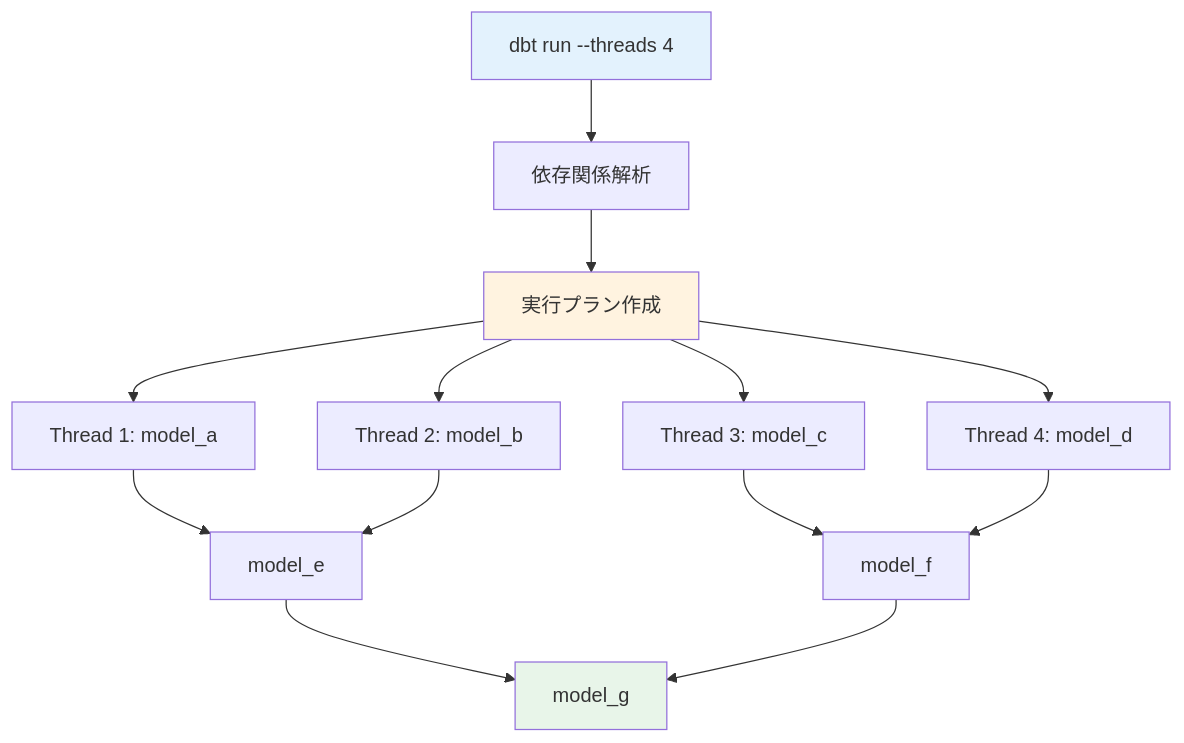
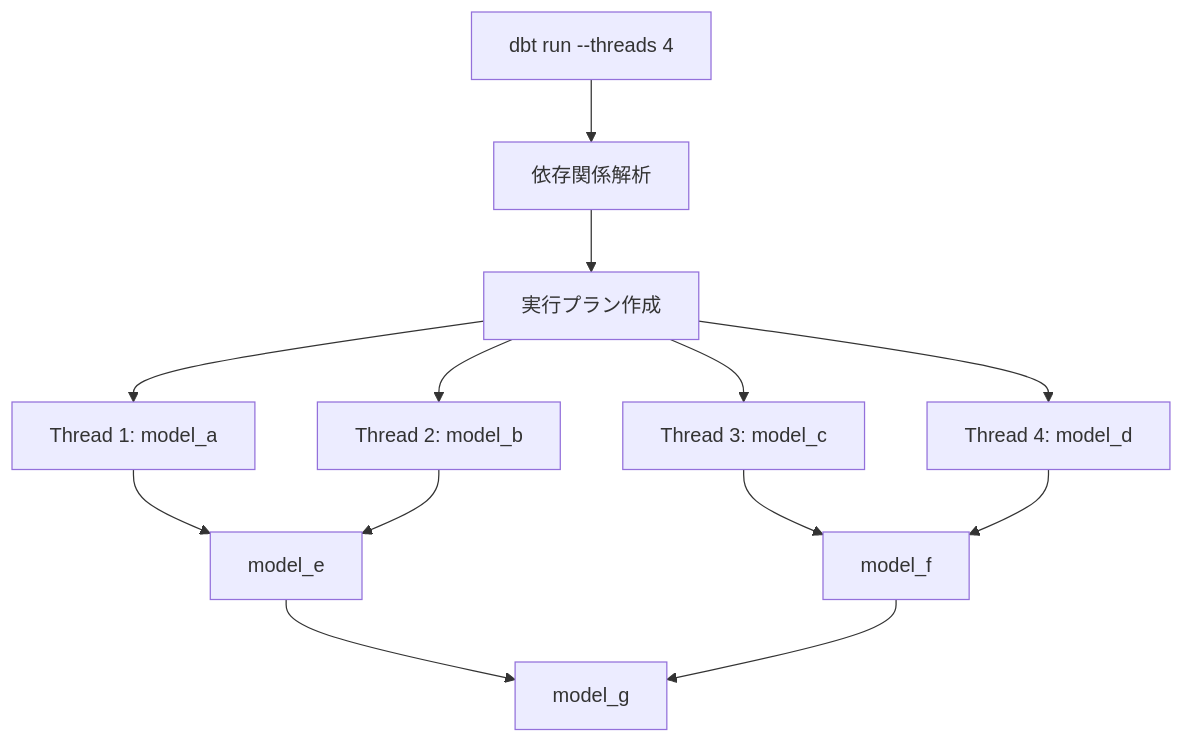
The fourth of 12 diagrams in content/Tech/dbt/categories/performance-optimization.md (1210yuichi0/1210yuichi0.github.io), drawn with Mermaid before and after one commit. The commit also changed other lines of this file and 22 other files, not shown here.

First line of the commit message:
style: remove Mermaid style directives for dark mode compatibility

````diff
--- a/content/Tech/dbt/categories/performance-optimization.md
+++ b/content/Tech/dbt/categories/performance-optimization.md
@@ -332,22 +322,19 @@
 ```mermaid
 graph TB
     A[dbt run --threads 4] --> B[依存関係解析]
     B --> C[実行プラン作成]
 
     C --> D[Thread 1: model_a]
     C --> E[Thread 2: model_b]
     C --> F[Thread 3: model_c]
     C --> G[Thread 4: model_d]
 
     D --> H[model_e]
     E --> H
     F --> I[model_f]
     G --> I
 
     H --> J[model_g]
     I --> J
 
-    style A fill:#e3f2fd
-    style C fill:#fff3e0
-    style J fill:#e8f5e9
 ```
````
